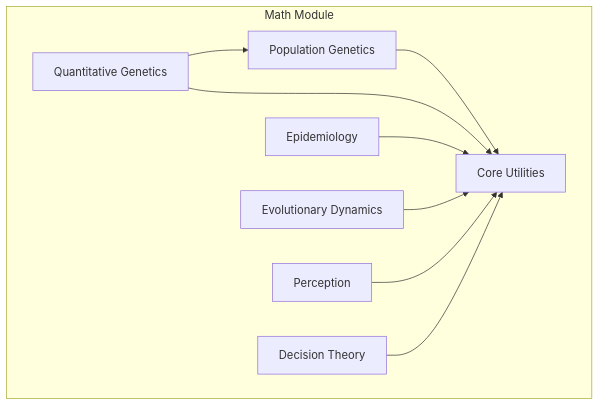
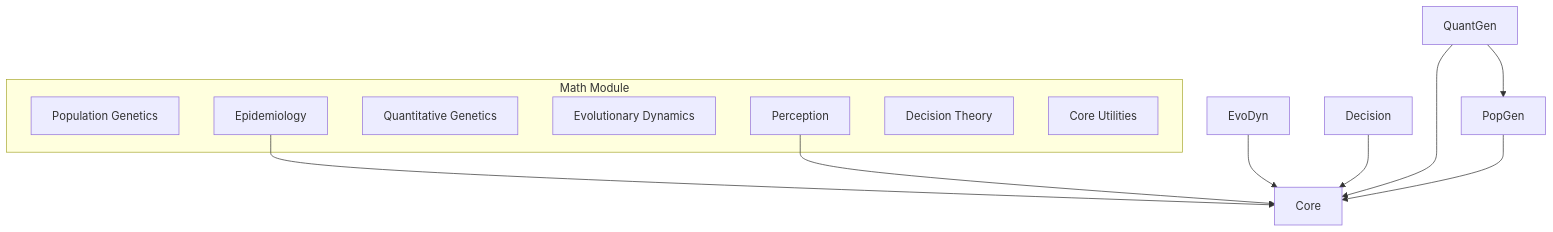
The diagram in src/metainformant/math/README.md (docxology/MetaInformAnt), drawn with Mermaid before and after one commit. The commit also changed 611 other files, not shown here.

````diff
--- a/src/metainformant/math/README.md
+++ b/src/metainformant/math/README.md
@@ -19,21 +19,21 @@
 ```mermaid
 graph TB
     subgraph "Math Module"
-        PopGen[Population Genetics]
+        PopGenpopulationGenetics[Population Genetics]
         Epi[Epidemiology]
-        QuantGen[Quantitative Genetics]
-        EvoDyn[Evolutionary Dynamics]
+        QuantGenquantitativeGenetics[Quantitative Genetics]
+        EvoDynevolutionaryDynamics[Evolutionary Dynamics]
         Perception[Perception]
-        Decision[Decision Theory]
-        Core[Core Utilities]
+        DecisiondecisionTheory[Decision Theory]
+        CorecoreUtilities[Core Utilities]
     end
     
     PopGen --> Core
     QuantGen --> Core
     Epi --> Core
     EvoDyn --> Core
     Perception --> Core
     Decision --> Core
     
     QuantGen --> PopGen
 ```
````
